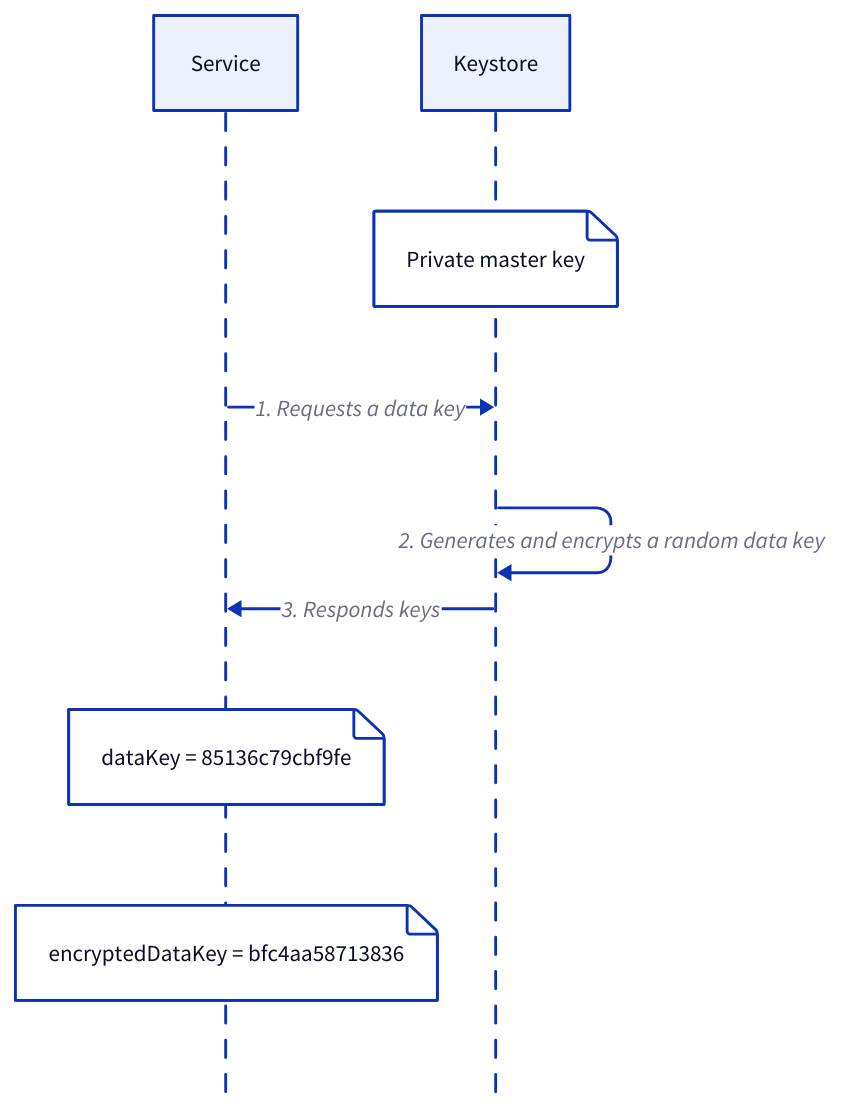
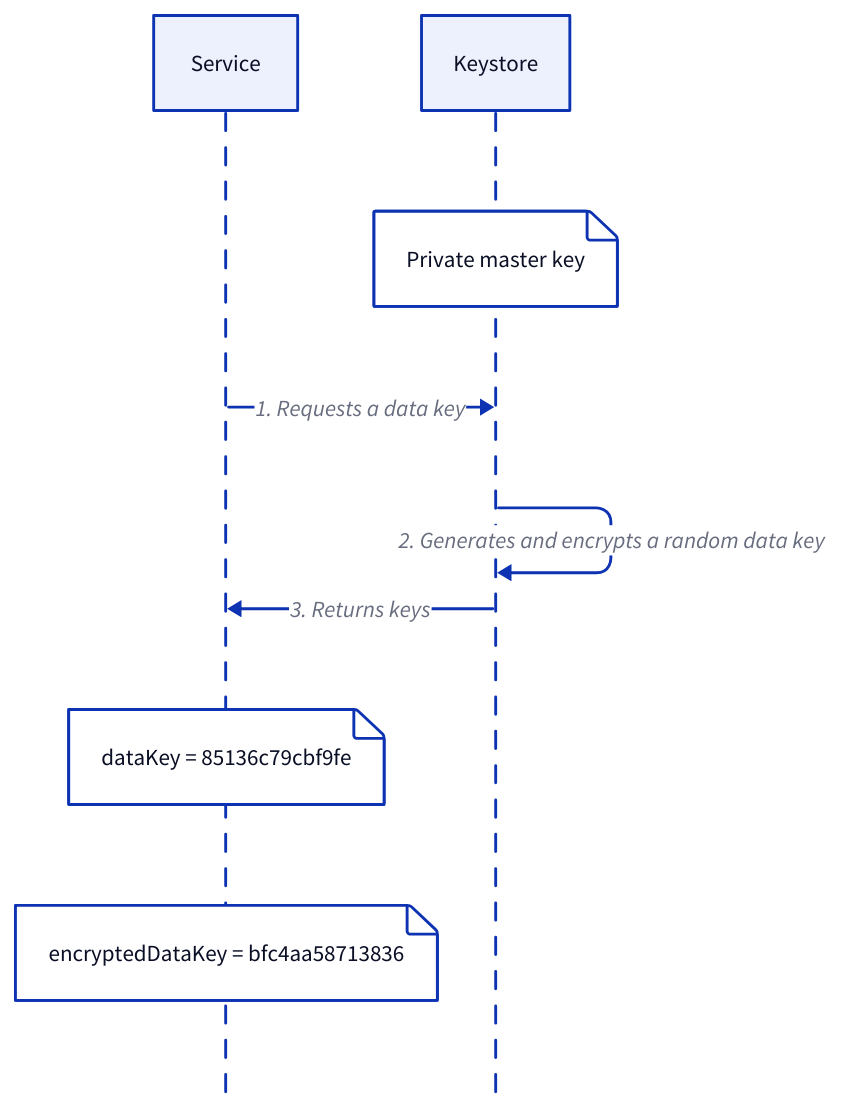
The tenth of 13 diagrams in content/system-administration/system-protection/data-security.md (link1905/system-design-101), drawn with D2 before and after one commit. The commit also changed other lines of this file and 42 other files, not shown here.

````diff
--- a/content/system-administration/system-protection/data-security.md
+++ b/content/system-administration/system-protection/data-security.md
@@ -566,17 +557,17 @@
     ```d2
     shape: sequence_diagram
     s: Service
     k: Keystore
     k {
       m: Private master key {
         class: pri-key
       }
     }
     s -> k: 1. Requests a data key
     k -> k: 2. Generates and encrypts a random data key
-    k -> s: 3. Responds keys
+    k -> s: 3. Returns keys
     s {
       data: "dataKey = 85136c79cbf9fe"
       enc-data: "encryptedDataKey = bfc4aa58713836"
     }
     ```
````
